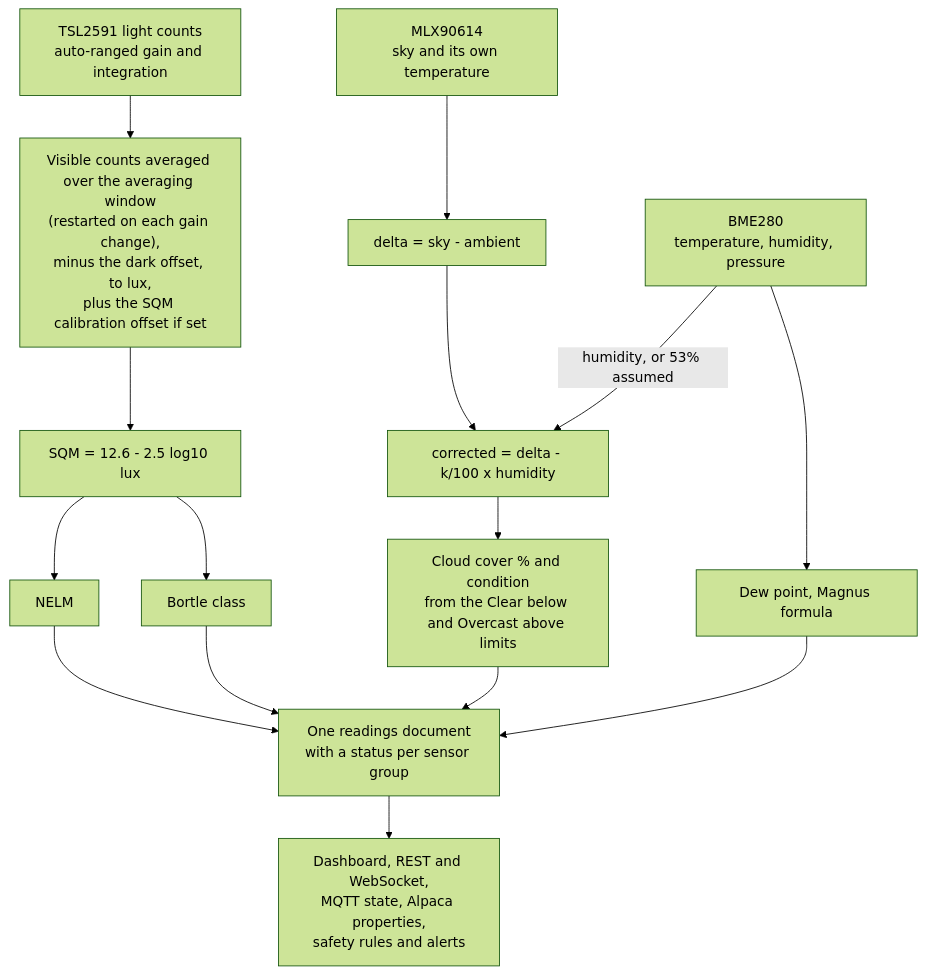
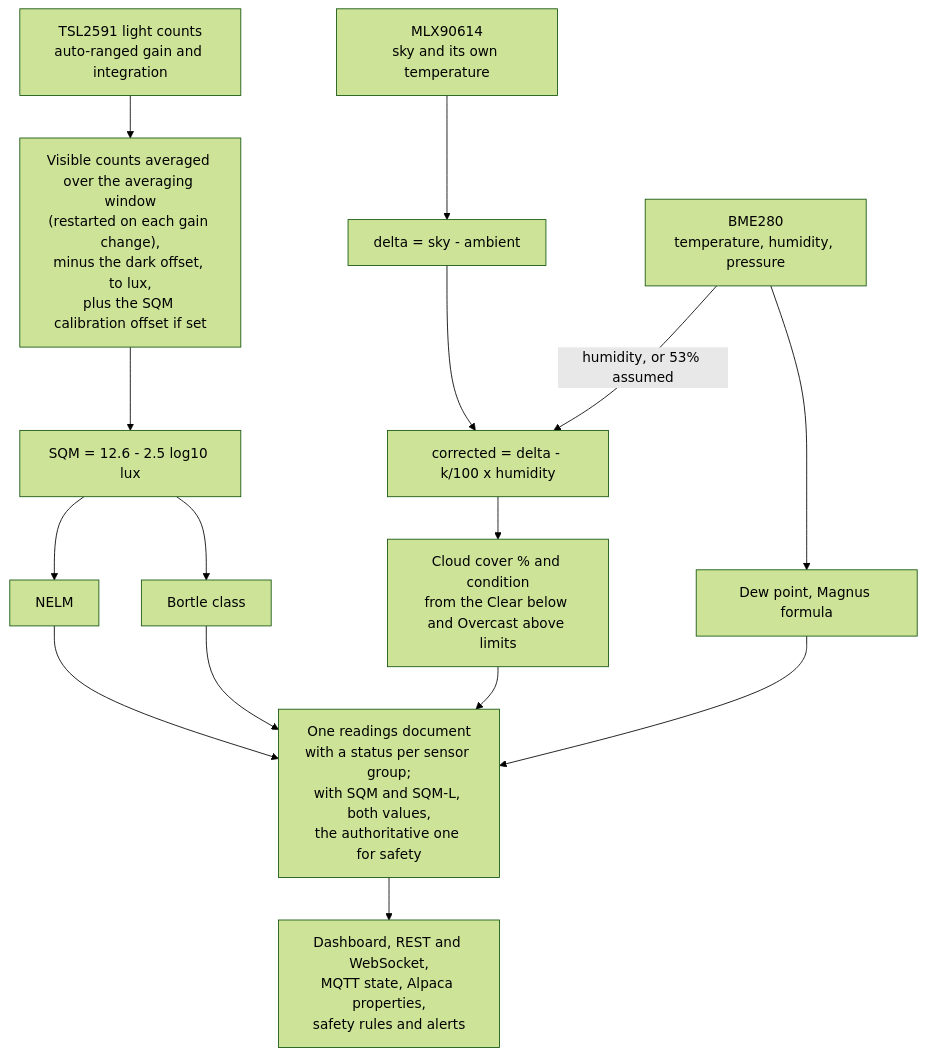
One commit to DeanJ87/SQMeter changed the diagram in docs/reference/sky-quality.md. Above: the diagram before and after it, drawn with Mermaid (forest theme). The commit also changed other lines of this file and 169 other files, not shown here.

````diff
--- a/docs/reference/sky-quality.md
+++ b/docs/reference/sky-quality.md
@@ -16,19 +16,19 @@
 ```mermaid
 flowchart TB
     accTitle: From sensor readings to the readings document
     accDescr: Light counts become lux, then SQM, NELM and Bortle. The IR sky minus ambient temperature, corrected for humidity, becomes cloud cover. Temperature and humidity give the dew point. Everything goes into one readings document that the dashboard, REST, WebSocket, MQTT, Alpaca and the safety rules all use.
     TSL["TSL2591 light counts<br/>auto-ranged gain and integration"] --> LUXAVG["Visible counts averaged over the averaging window<br/>(restarted on each gain change),<br/>minus the dark offset, to lux,<br/>plus the SQM calibration offset if set"]
     LUXAVG --> SQM["SQM = 12.6 - 2.5 log10 lux"]
     SQM --> NELM["NELM"]
     SQM --> BORTLE["Bortle class"]
     MLX["MLX90614<br/>sky and its own temperature"] --> DELTA["delta = sky - ambient"]
     BME["BME280<br/>temperature, humidity, pressure"] -->|humidity, or 53% assumed| CORR
     DELTA --> CORR["corrected = delta - k/100 x humidity"]
     CORR --> CLOUD["Cloud cover % and condition<br/>from the Clear below and Overcast above limits"]
     BME --> DEW["Dew point, Magnus formula"]
     NELM --> DOC
     BORTLE --> DOC
     CLOUD --> DOC
     DEW --> DOC
-    DOC["One readings document<br/>with a status per sensor group"] --> OUT["Dashboard, REST and WebSocket,<br/>MQTT state, Alpaca properties,<br/>safety rules and alerts"]
+    DOC["One readings document<br/>with a status per sensor group;<br/>with SQM and SQM-L, both values,<br/>the authoritative one for safety"] --> OUT["Dashboard, REST and WebSocket,<br/>MQTT state, Alpaca properties,<br/>safety rules and alerts"]
 ```
````
